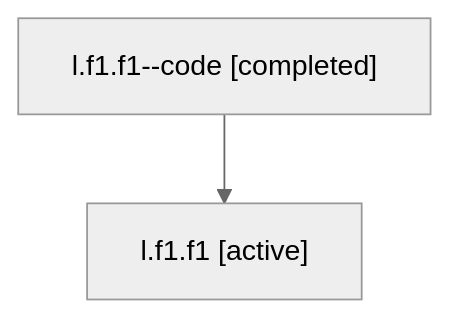
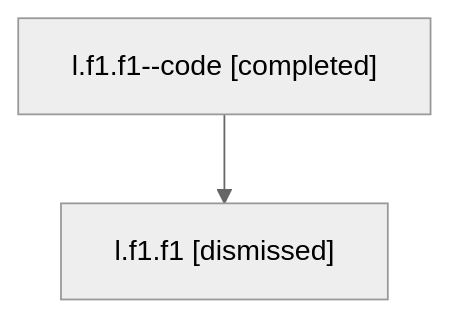
One commit to sase-org/sase--agents changed the diagram in sessions/bbugyi200.athena.l.f1.f1.md. Above: the diagram before and after it, drawn with Mermaid (neutral theme). The commit also changed other lines of this file and 50 other files, not shown here.

````diff
--- a/sessions/bbugyi200.athena.l.f1.f1.md
+++ b/sessions/bbugyi200.athena.l.f1.f1.md
@@ -9,6 +9,6 @@
 ```mermaid
 flowchart TD
   n0["l.f1.f1--code [completed]"]
-  n1["l.f1.f1 [active]"]
+  n1["l.f1.f1 [dismissed]"]
   n0 --> n1
 ```
````
